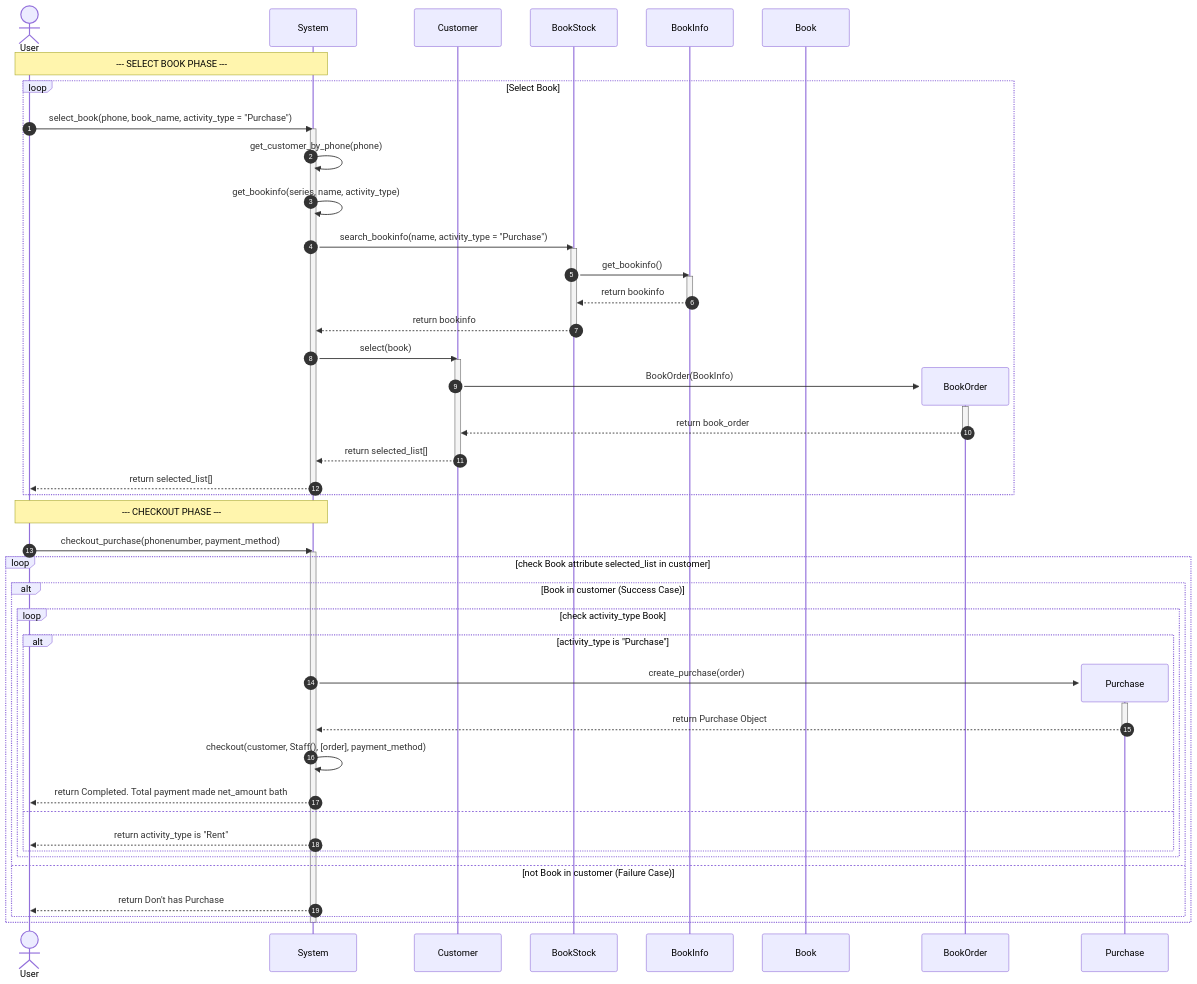
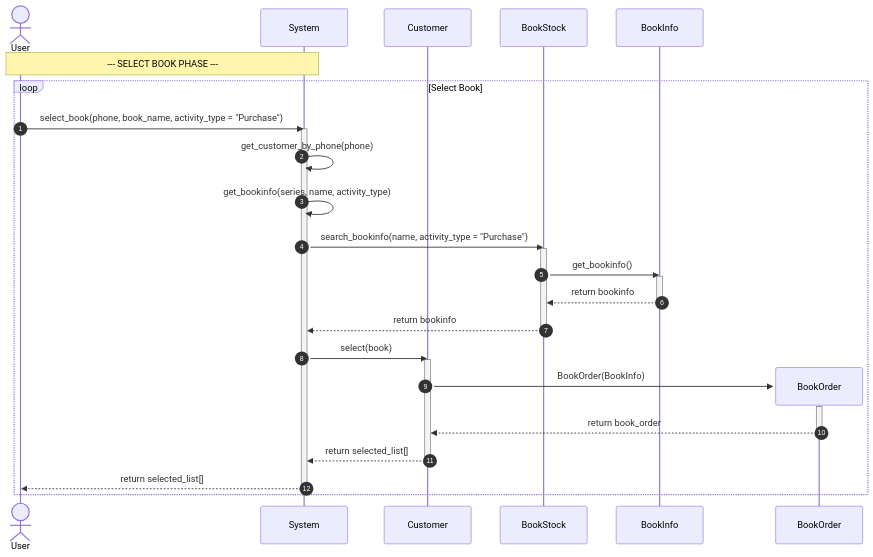
One commit to NadtaphumBadkhunthod/OOP changed the diagram in mermaid/seq_purchase.mmd. Above: the diagram before and after it, drawn with Mermaid. The commit also changed 11 other files, not shown here.

```diff
--- a/mermaid/seq_purchase.mmd
+++ b/mermaid/seq_purchase.mmd
@@ -1,62 +1,36 @@
 sequenceDiagram
     autonumber
     actor US as User
     participant SYS as System
     participant CS as Customer
     participant BS as BookStock
     participant BI as BookInfo
-    participant BK as Book
 
     Note over US, SYS: --- SELECT BOOK PHASE ---
     loop Select Book
         US ->> SYS: select_book(phone, book_name, activity_type = "Purchase")
         activate SYS
         SYS ->> SYS: get_customer_by_phone(phone)
         SYS ->> SYS: get_bookinfo(series, name, activity_type)
 
         SYS ->> BS: search_bookinfo(name, activity_type = "Purchase")
         activate BS
         BS ->> BI: get_bookinfo()
         activate BI
         BI -->> BS: return bookinfo
         deactivate BI
         BS -->> SYS: return bookinfo
         deactivate BS
 
         SYS ->> CS: select(book)
         activate CS
         create participant BO as BookOrder
         CS ->> BO: BookOrder(BookInfo)
         activate BO
         BO -->> CS: return book_order
         deactivate BO
         CS -->> SYS: return selected_list[]
         deactivate CS
         SYS -->> US: return selected_list[]
         deactivate SYS
     end
-
-    Note over US, SYS: --- CHECKOUT PHASE ---
-    US ->> SYS: checkout_purchase(phonenumber, payment_method)
-    activate SYS
-    
-    loop check Book attribute selected_list in customer
-        alt Book in customer (Success Case)
-            loop check activity_type Book
-                alt activity_type is "Purchase"
-                    create participant PS as Purchase
-                    SYS ->> PS: create_purchase(order)
-                    activate PS
-                    PS -->> SYS: return Purchase Object
-                    deactivate PS
-                    SYS ->> SYS: checkout(customer, Staff(), [order], payment_method) 
-                    SYS -->> US: return Completed. Total payment made net_amount bath
-                else
-                    SYS -->> US: return activity_type is "Rent"
-                end
-            end
-        else not Book in customer (Failure Case)
-            SYS -->> US: return Don't has Purchase
-        end
-    end
-    deactivate SYS
```
